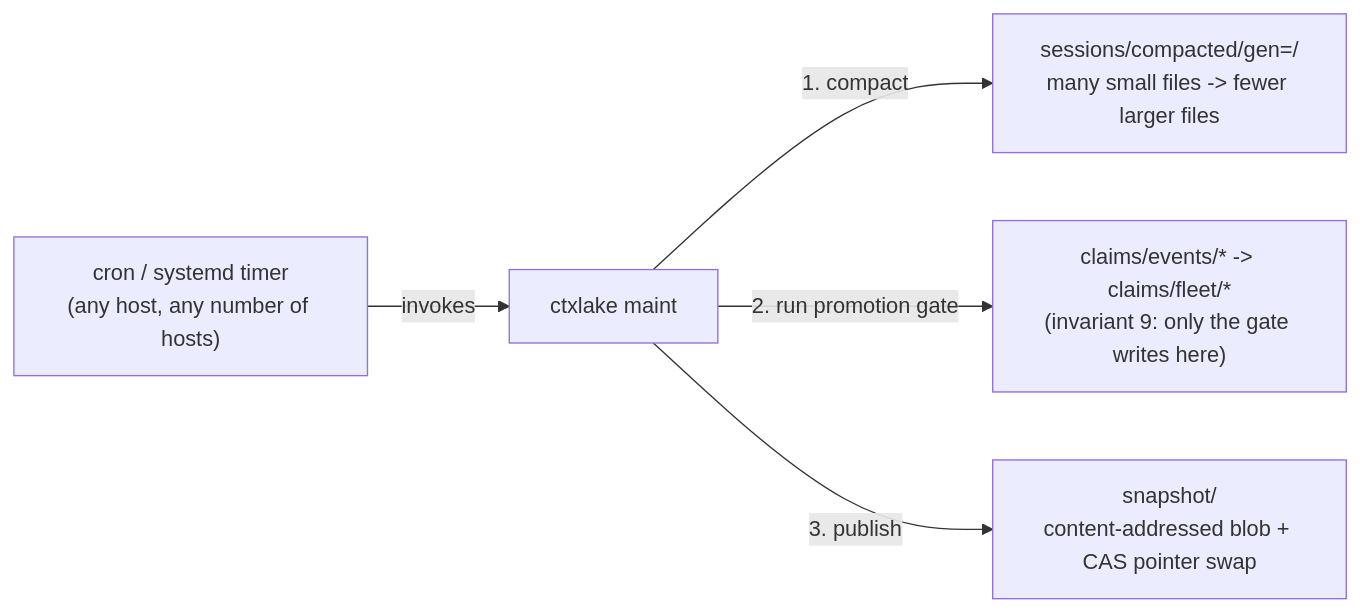
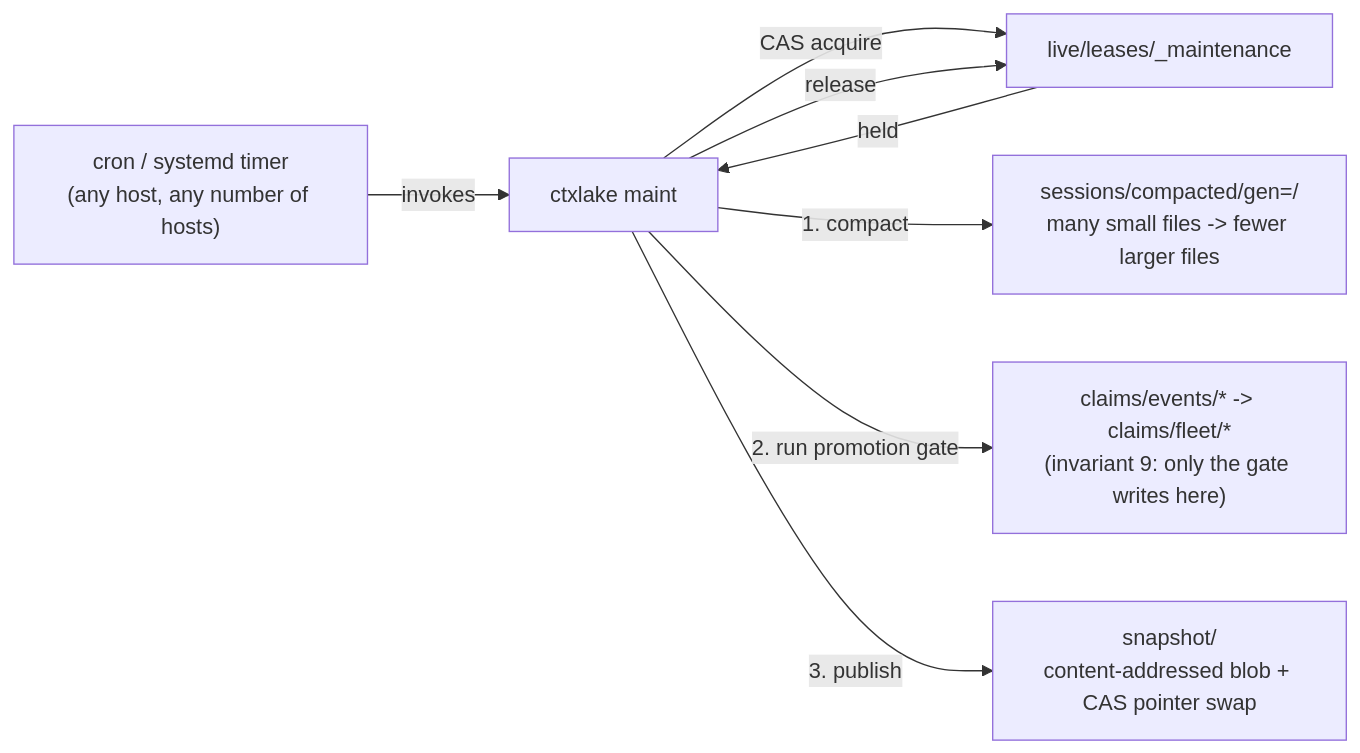
Before and after one commit to OxidantData/ctxlake: the third of 4 diagrams in docs/architecture.md, drawn with Mermaid. The commit also changed other lines of this file and 10 other files, not shown here.

````diff
--- a/docs/architecture.md
+++ b/docs/architecture.md
@@ -95,7 +95,10 @@
 ```mermaid
 flowchart LR
     Cron["cron / systemd timer\n(any host, any number of hosts)"] -->|invokes| Maint["ctxlake maint"]
+    Maint -->|"CAS acquire"| Lease["live/leases/_maintenance"]
+    Lease -->|held| Maint
     Maint -->|"1. compact"| Sessions["sessions/compacted/gen=<hash>/\nmany small files -> fewer larger files"]
     Maint -->|"2. run promotion gate"| Claims["claims/events/* -> claims/fleet/*\n(invariant 9: only the gate writes here)"]
     Maint -->|"3. publish"| Snapshot["snapshot/\ncontent-addressed blob + CAS pointer swap"]
+    Maint -->|release| Lease
 ```
````
